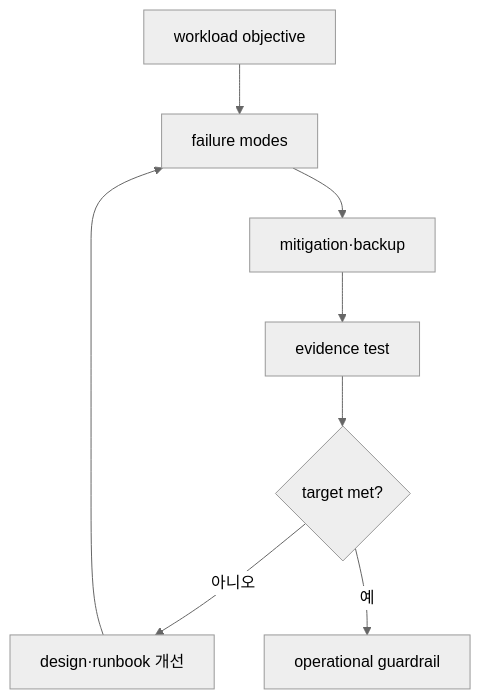
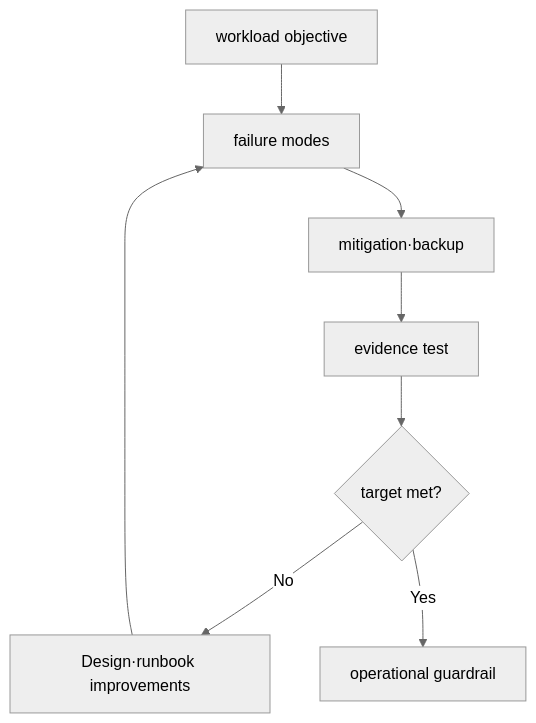
The diagram in docs-site/content/reliability-finops/01-reliability-capacity-cost-model.md (nohdol97/nohdol-study), drawn with Mermaid (neutral theme) before and after one commit. The commit also changed other lines of this file and 116 other files, not shown here.

````diff
--- a/docs-site/content/reliability-finops/01-reliability-capacity-cost-model.md
+++ b/docs-site/content/reliability-finops/01-reliability-capacity-cost-model.md
@@ -46,10 +46,10 @@
 ```mermaid
 flowchart TD
     O[workload objective] --> F[failure modes]
     F --> M[mitigation·backup]
     M --> E[evidence test]
     E --> R{target met?}
-    R -->|아니오| D[design·runbook 개선]
-    R -->|예| G[operational guardrail]
+    R -->|No| D[Design·runbook improvements]
+    R -->|Yes| G[operational guardrail]
     D --> F
 ```
````
